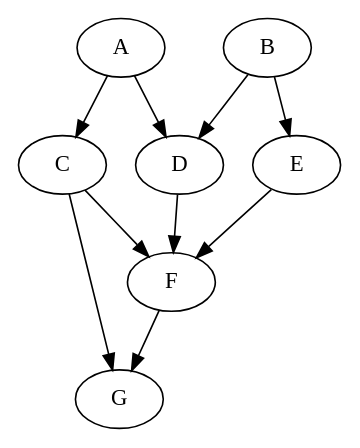
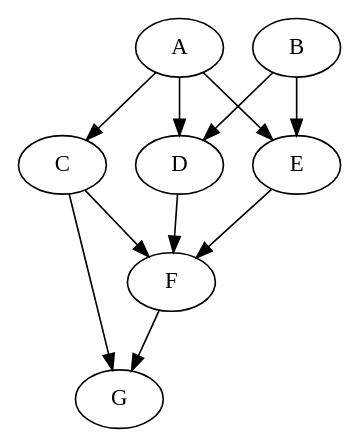
The diagram in lectures/15.Graphs/example_graph.dot (schatzlab/datastructures2018), drawn with Graphviz before and after one commit. The commit also changed 11 other files, not shown here.

```diff
--- a/lectures/15.Graphs/example_graph.dot
+++ b/lectures/15.Graphs/example_graph.dot
@@ -1,11 +1,12 @@
 digraph G {
 A -> C
 A -> D
+A -> E
 B -> D
 B -> E
 C -> F
 C -> G
 D -> F
 E -> F
 F -> G
 }
```
